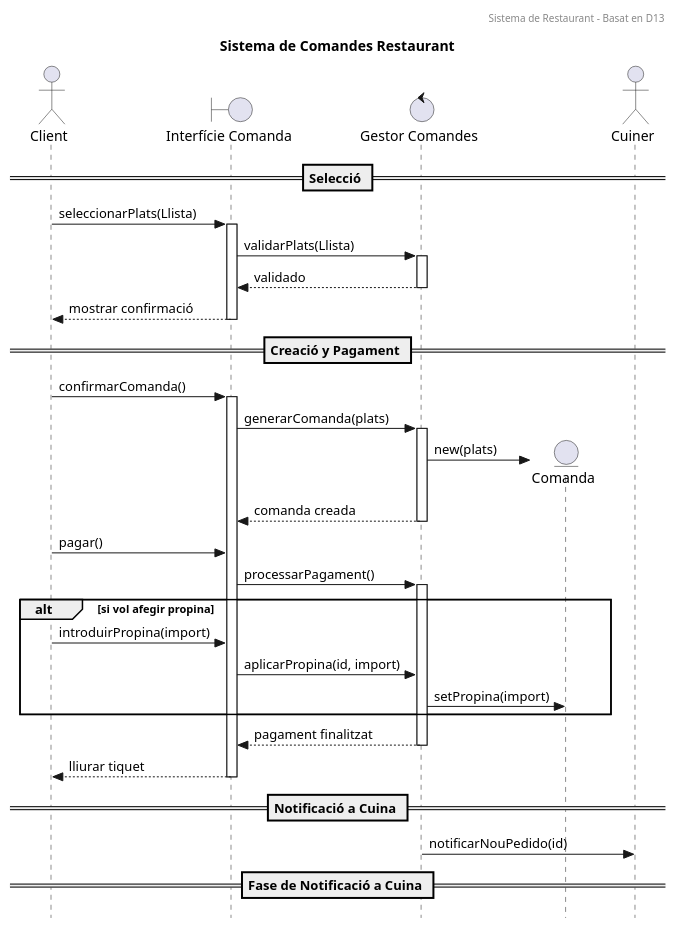
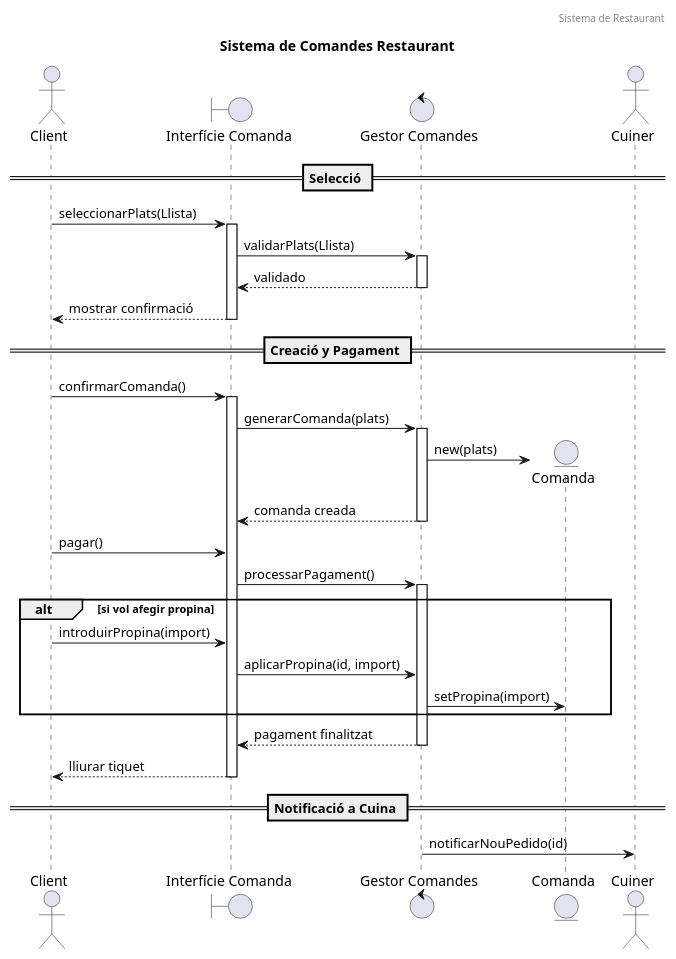
Before and after one commit to mihaipentii/Diagramas_Usercase_MP: the diagram in src/main/kotlin/uml/task5_sequence.puml, drawn with PlantUML.

Commit message:
Codi uml de la Diagrama de Seqüència

```diff
--- a/src/main/kotlin/uml/task5_sequence.puml
+++ b/src/main/kotlin/uml/task5_sequence.puml
@@ -1,56 +1,49 @@
 @startuml
-skinparam style strictuml
-header Sistema de Restaurant - Basat en D13
+header Sistema de Restaurant
 actor "Client" as C
 boundary "Interfície Comanda" as UI
 control "Gestor Comandes" as GC
 entity "Comanda" as COM
 actor "Cuiner" as K
 
 title Sistema de Comandes Restaurant
 
 == Selecció ==
 C -> UI: seleccionarPlats(Llista)
 activate UI
 UI -> GC: validarPlats(Llista)
 activate GC
 GC --> UI: validado
 deactivate GC
 UI --> C: mostrar confirmació
 deactivate UI
 
 
 == Creació y Pagament ==
 C -> UI: confirmarComanda()
 activate UI
 UI -> GC: generarComanda(plats)
 activate GC
 create COM
 GC -> COM: new(plats)
 GC --> UI: comanda creada
 deactivate GC
 
 C -> UI: pagar()
 UI -> GC: processarPagament()
 activate GC
 
 alt si vol afegir propina
     C -> UI: introduirPropina(import)
     UI -> GC: aplicarPropina(id, import)
     GC -> COM: setPropina(import)
 end
 
 GC --> UI: pagament finalitzat
 deactivate GC
 UI --> C: lliurar tiquet
 deactivate UI
 
 == Notificació a Cuina ==
 GC -> K: notificarNouPedido(id)
-
-
-
-
-
-== Fase de Notificació a Cuina ==
 @enduml
```
